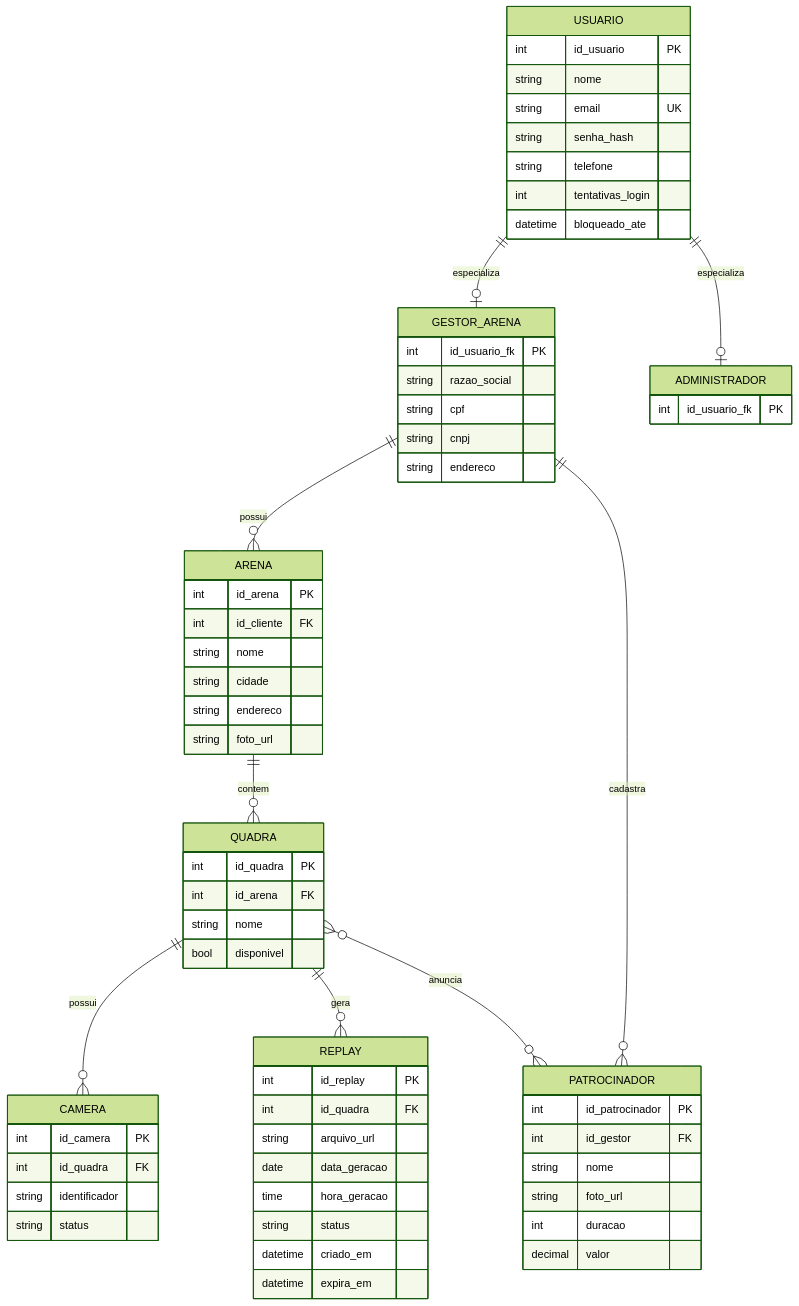
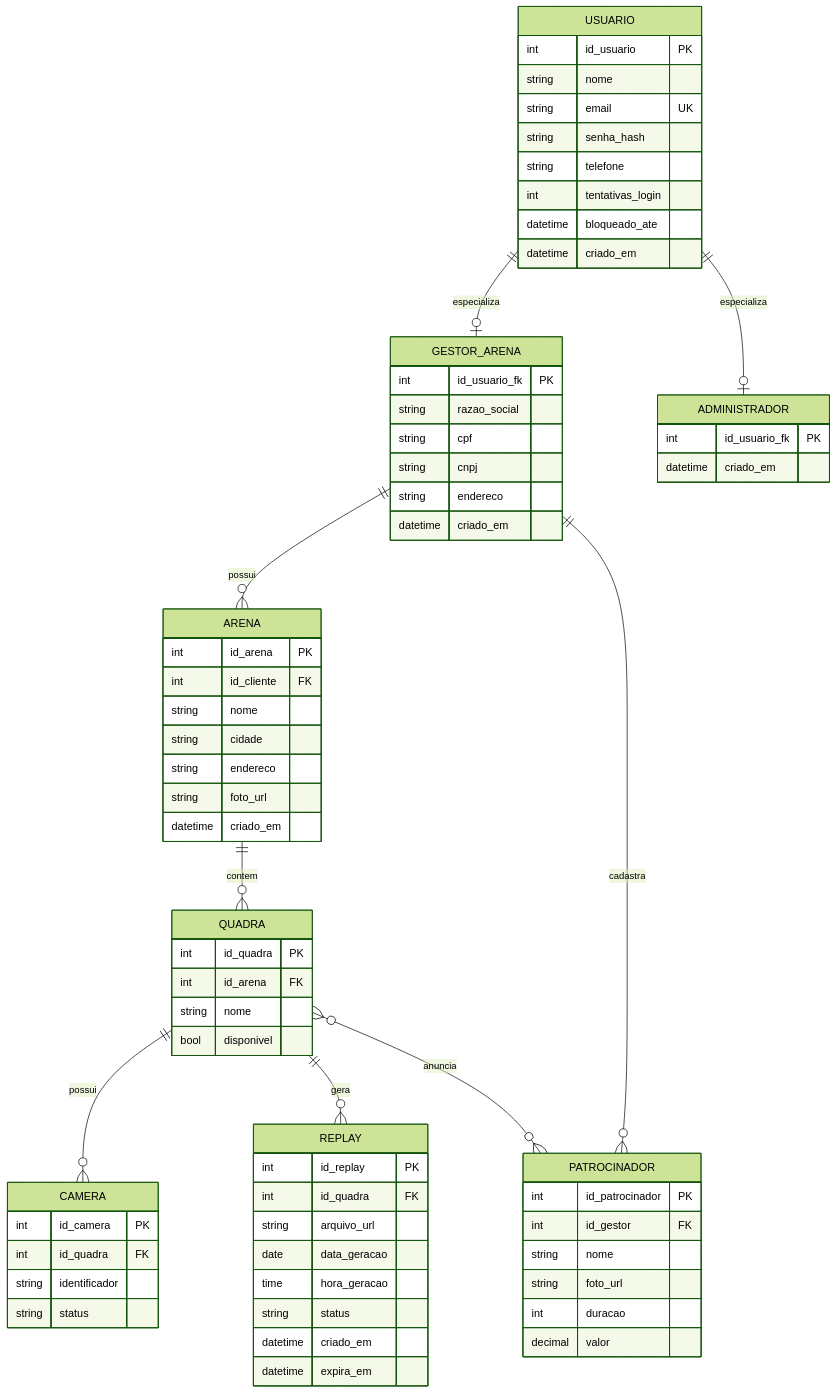
Before and after one commit to PI2-2026-2-equipe-03/PI2-2026-2-equipe-03: the first of 2 diagrams in docs/modelo-entidade-relacionamento.md, drawn with Mermaid (forest theme). The commit also changed other lines of this file, not shown here.

Commit message:
docs: adiciona atributo criado_em

````diff
--- a/docs/modelo-entidade-relacionamento.md
+++ b/docs/modelo-entidade-relacionamento.md
@@ -25,69 +25,73 @@
 ```mermaid
 erDiagram
     USUARIO ||--o| GESTOR_ARENA : especializa
     USUARIO ||--o| ADMINISTRADOR : especializa
     GESTOR_ARENA ||--o{ ARENA : possui
     GESTOR_ARENA ||--o{ PATROCINADOR : cadastra
     ARENA ||--o{ QUADRA : contem
     QUADRA ||--o{ CAMERA : possui
     QUADRA ||--o{ REPLAY : gera
     QUADRA }o--o{ PATROCINADOR : anuncia
 
     USUARIO {
         int id_usuario PK
         string nome
         string email UK
         string senha_hash
         string telefone
         int tentativas_login
         datetime bloqueado_ate
+        datetime criado_em
     }
     GESTOR_ARENA {
         int id_usuario_fk PK
         string razao_social
         string cpf
         string cnpj
         string endereco
+        datetime criado_em
     }
     ADMINISTRADOR {
         int id_usuario_fk PK
+        datetime criado_em
     }
     ARENA {
         int id_arena PK
         int id_cliente FK
         string nome
         string cidade
         string endereco
         string foto_url
+        datetime criado_em
     }
     QUADRA {
         int id_quadra PK
         int id_arena FK
         string nome
         bool disponivel
     }
     CAMERA {
         int id_camera PK
         int id_quadra FK
         string identificador
         string status
     }
     REPLAY {
         int id_replay PK
         int id_quadra FK
         string arquivo_url
         date data_geracao
         time hora_geracao
         string status
         datetime criado_em
         datetime expira_em
     }
     PATROCINADOR {
         int id_patrocinador PK
         int id_gestor FK
         string nome
         string foto_url
         int duracao
         decimal valor
     }
 ```
````
